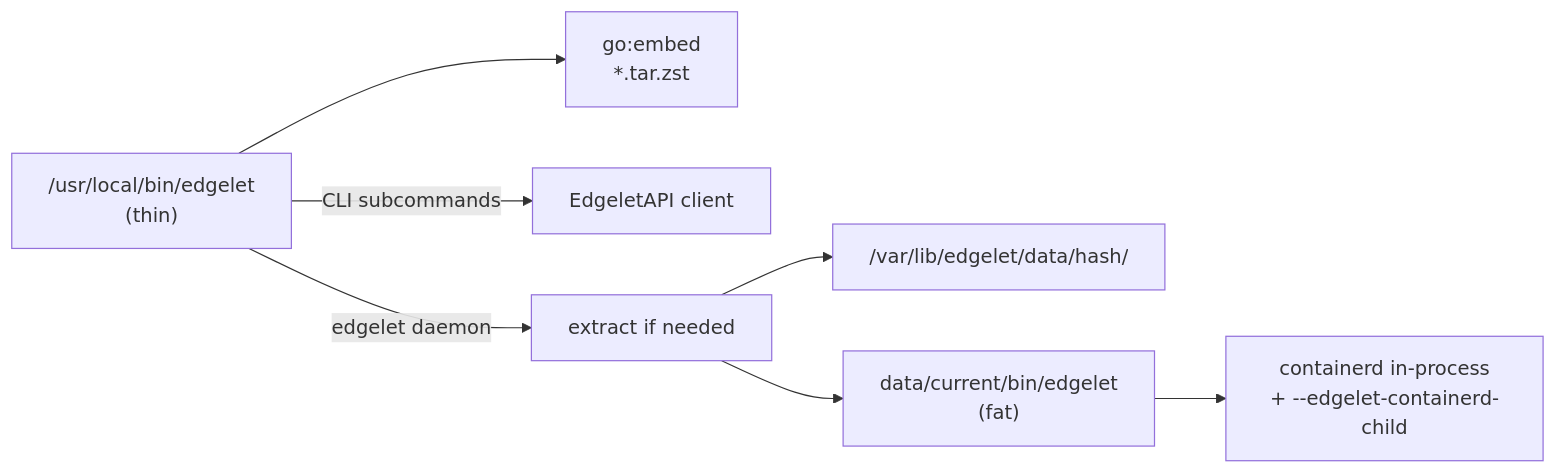
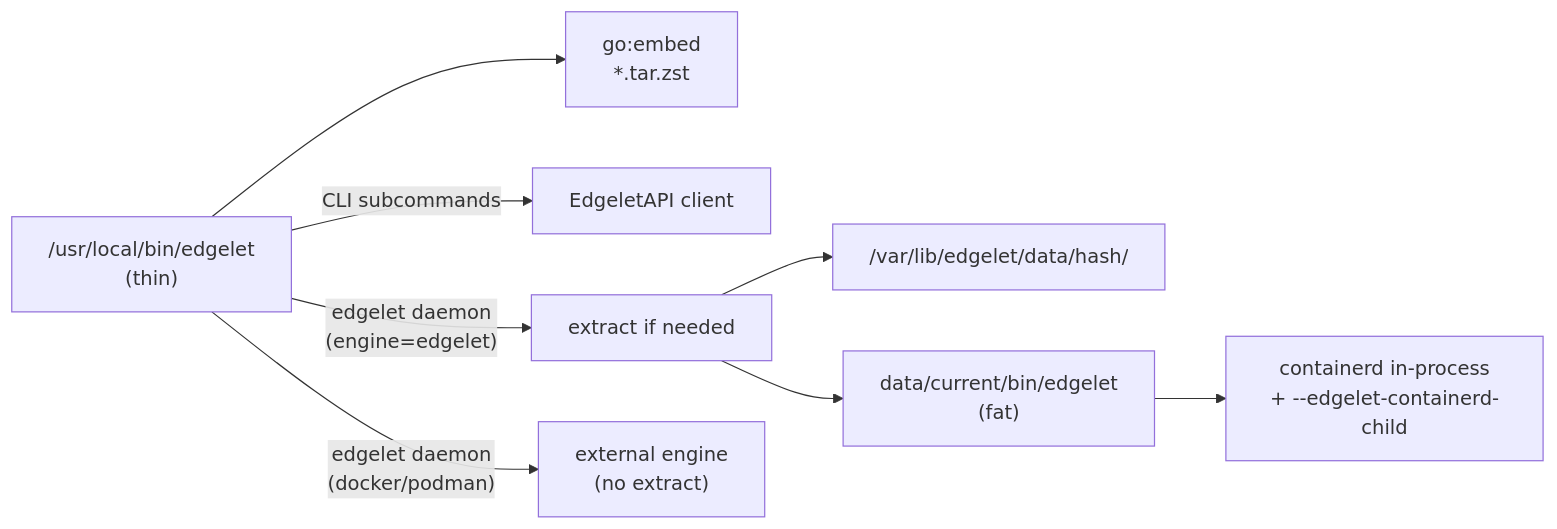
One commit to Datasance/edgelet changed the first of 3 diagrams in docs/edgelet/architecture.md. Above: the diagram before and after it, drawn with Mermaid. The commit also changed other lines of this file and 5 other files, not shown here.

````diff
--- a/docs/edgelet/architecture.md
+++ b/docs/edgelet/architecture.md
@@ -24,15 +24,16 @@
 ```mermaid
 flowchart LR
   thin["/usr/local/bin/edgelet\n(thin)"]
   embed["go:embed\n*.tar.zst"]
   data["/var/lib/edgelet/data/hash/"]
   fat["data/current/bin/edgelet\n(fat)"]
   ctr["containerd in-process\n+ --edgelet-containerd-child"]
 
   thin --> embed
   thin -->|"CLI subcommands"| api["EdgeletAPI client"]
-  thin -->|"edgelet daemon"| extract["extract if needed"]
+  thin -->|"edgelet daemon\n(engine=edgelet)"| extract["extract if needed"]
   extract --> data
   extract --> fat
   fat --> ctr
+  thin -->|"edgelet daemon\n(docker/podman)"| ext["external engine\n(no extract)"]
 ```
````
